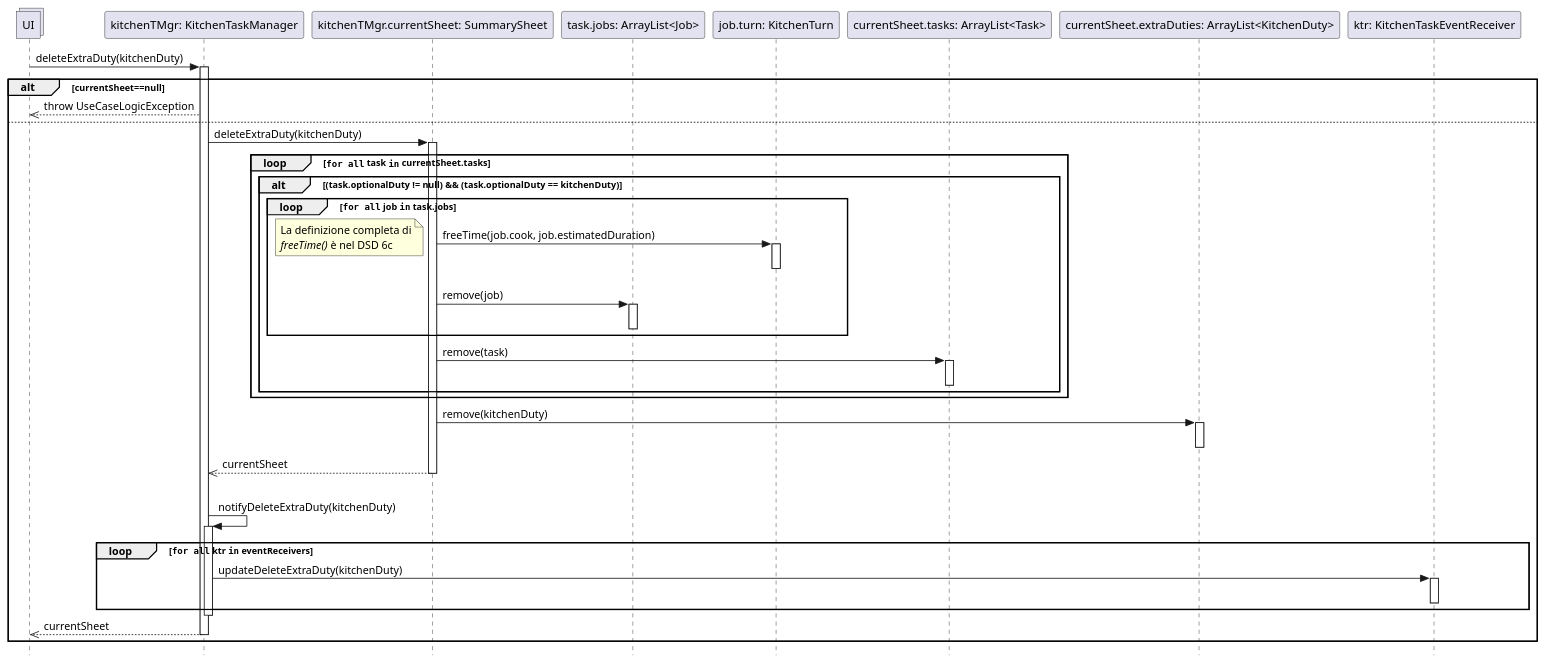
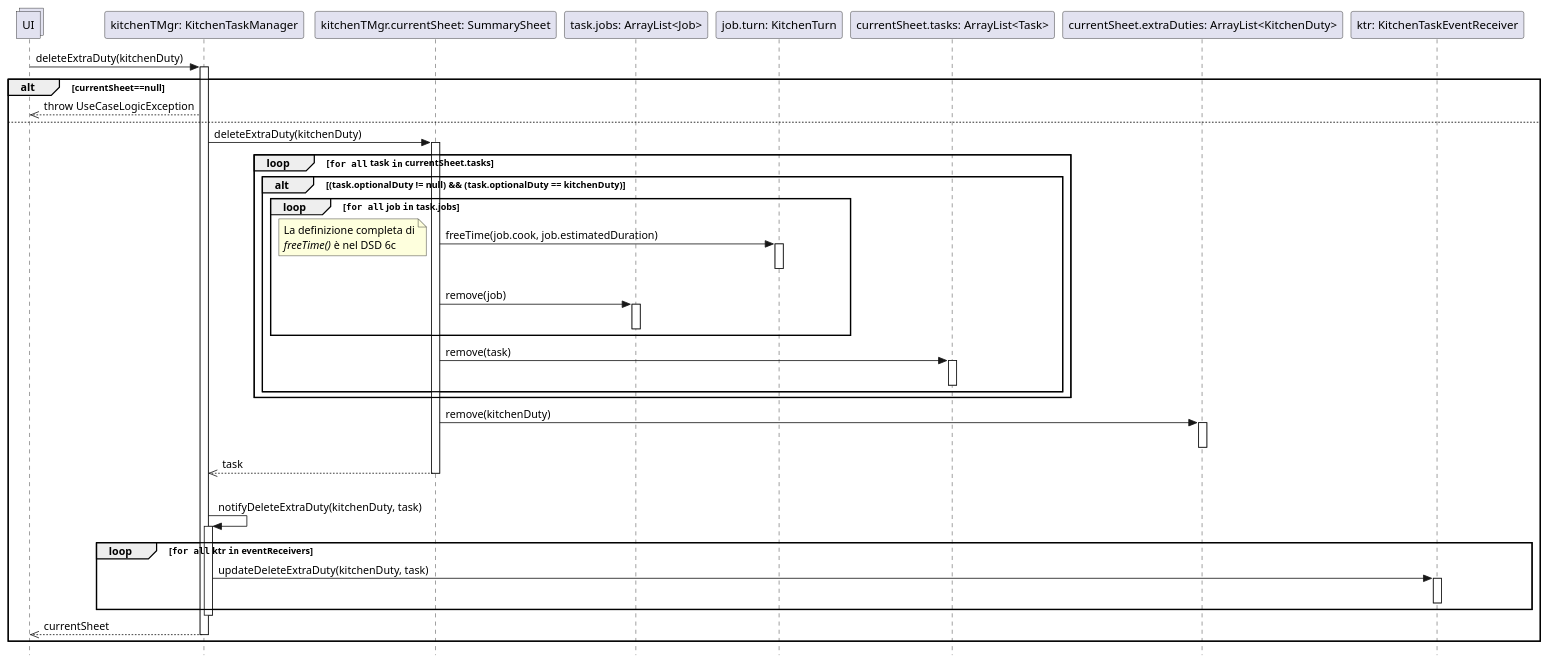
One commit to stefa168/sas-project changed the diagram in UP/Progettazione/UC Gestire Compiti Cucina/DSD/DSD Operazione 2a.1.puml. Above: the diagram before and after it, drawn with PlantUML. The commit also changed 3 other files, not shown here.

```diff
--- a/UP/Progettazione/UC Gestire Compiti Cucina/DSD/DSD Operazione 2a.1.puml
+++ b/UP/Progettazione/UC Gestire Compiti Cucina/DSD/DSD Operazione 2a.1.puml
@@ -1,65 +1,65 @@
 @startuml Operazione 2a.1
 skinparam Style strictuml
 
 collections UI
 
 participant "kitchenTMgr: KitchenTaskManager" as ktm
 UI -> ktm: deleteExtraDuty(kitchenDuty)
 activate ktm
 
 alt currentSheet==null
     UI <<-- ktm: throw UseCaseLogicException
 else
     participant "kitchenTMgr.currentSheet: SummarySheet" as ss
     ktm -> ss: deleteExtraDuty(kitchenDuty)
     activate ss
 
     loop ""for all"" task ""in"" currentSheet.tasks
         alt (task.optionalDuty != null) && (task.optionalDuty == kitchenDuty)
             loop ""for all"" job ""in"" task.jobs
                 participant "task.jobs: ArrayList<Job>" as j
                 participant "job.turn: KitchenTurn" as jobKitchenTurn
 
                 ss -> jobKitchenTurn: freeTime(job.cook, job.estimatedDuration)
                 note left: La definizione completa di\n//freeTime()// è nel DSD 6c
                 activate jobKitchenTurn
                 deactivate jobKitchenTurn
 
                 ss -> j: remove(job)
                 activate j
                 deactivate j
             end
 
             participant "currentSheet.tasks: ArrayList<Task>" as tasks
             ss -> tasks: remove(task)
             activate tasks
             deactivate tasks
         end
     end
     
     participant "currentSheet.extraDuties: ArrayList<KitchenDuty>" as kdList
     ss -> kdList: remove(kitchenDuty)
     activate kdList
     deactivate kdList
     
-    ktm <<-- ss: currentSheet
+    ktm <<-- ss: task
     deactivate ss
 
     participant "ktr: KitchenTaskEventReceiver" as ktr
     |||
-    ktm -> ktm: notifyDeleteExtraDuty(kitchenDuty)
+    ktm -> ktm: notifyDeleteExtraDuty(kitchenDuty, task)
         activate ktm
     loop ""for all"" ktr ""in"" eventReceivers
-        ktm -> ktr : updateDeleteExtraDuty(kitchenDuty)
+        ktm -> ktr : updateDeleteExtraDuty(kitchenDuty, task)
         activate ktr
         deactivate ktr
     end
     deactivate ktm
 
     UI <<-- ktm : currentSheet
     deactivate ktm
 
     
 end
 
 @enduml
```
